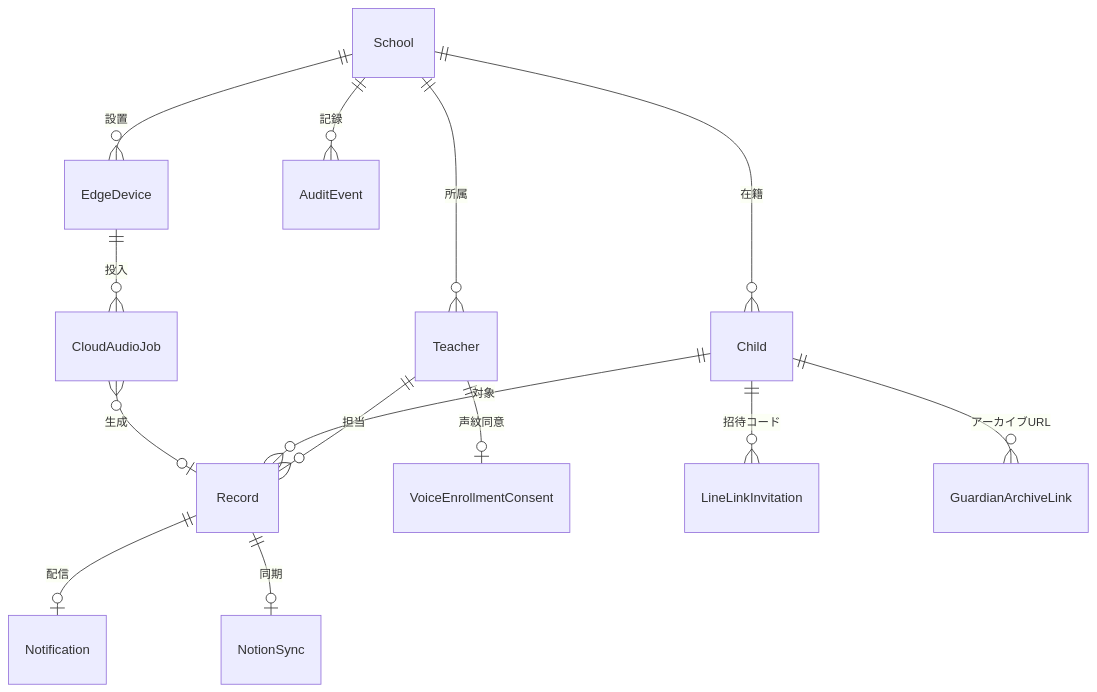
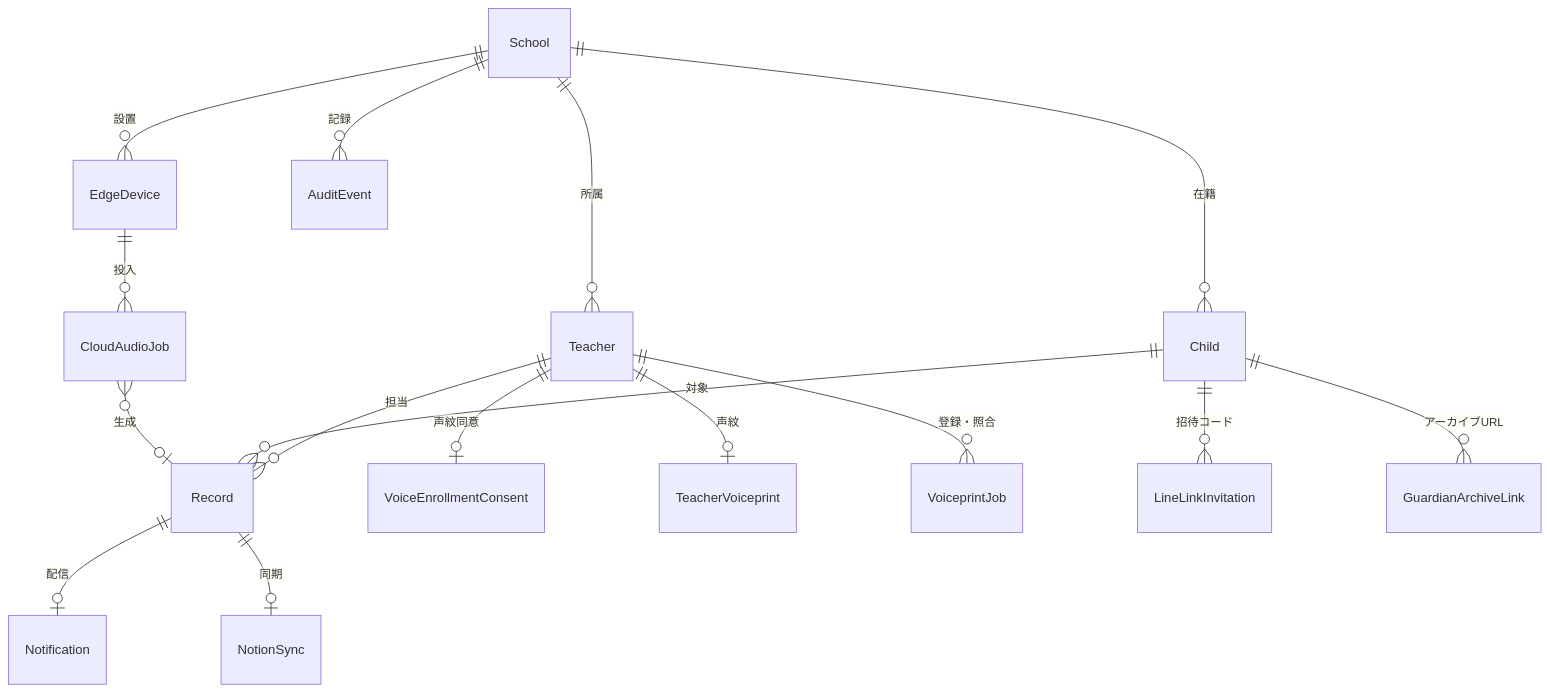
One commit to fuji0567/small-step changed the first of 2 diagrams in docs/architecture/data-model.md. Above: the diagram before and after it, drawn with Mermaid. The commit also changed other lines of this file and 34 other files, not shown here.

````diff
--- a/docs/architecture/data-model.md
+++ b/docs/architecture/data-model.md
@@ -12,16 +12,18 @@
 ```mermaid
 erDiagram
     School ||--o{ Teacher : "所属"
     School ||--o{ Child : "在籍"
     School ||--o{ EdgeDevice : "設置"
     School ||--o{ AuditEvent : "記録"
     Teacher ||--o{ Record : "担当"
     Teacher ||--o| VoiceEnrollmentConsent : "声紋同意"
+    Teacher ||--o| TeacherVoiceprint : "声紋"
+    Teacher ||--o{ VoiceprintJob : "登録・照合"
     Child ||--o{ Record : "対象"
     Child ||--o{ LineLinkInvitation : "招待コード"
     Child ||--o{ GuardianArchiveLink : "アーカイブURL"
     Record ||--o| Notification : "配信"
     Record ||--o| NotionSync : "同期"
     EdgeDevice ||--o{ CloudAudioJob : "投入"
     CloudAudioJob }o--o| Record : "生成"
 ```
````
